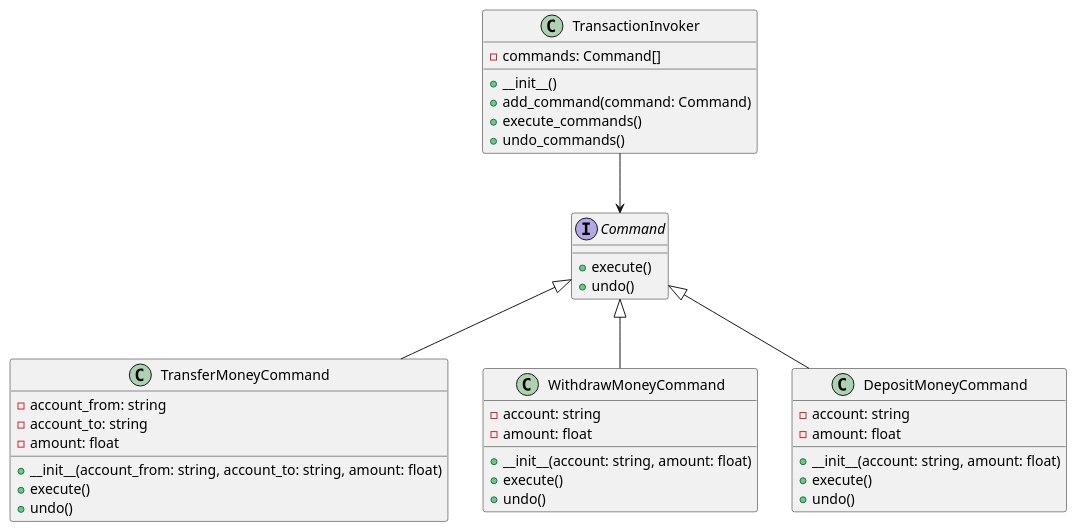
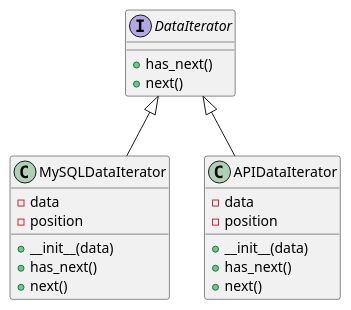
Before and after one commit to andrewovchinnikov/design-patterns: the diagram in klassifikaciya-patternov/povedencheskie-patterny-behavioral-patterns/iterator-iterator/primery/integraciya-dannykh-iz-razlichnykh-istochnikov/python.md, drawn with PlantUML. The commit also changed other lines of this file and 101 other files, not shown here.

````diff
--- a/klassifikaciya-patternov/povedencheskie-patterny-behavioral-patterns/iterator-iterator/primery/integraciya-dannykh-iz-razlichnykh-istochnikov/python.md
+++ b/klassifikaciya-patternov/povedencheskie-patterny-behavioral-patterns/iterator-iterator/primery/integraciya-dannykh-iz-razlichnykh-istochnikov/python.md
@@ -120,48 +109,29 @@
 ```plantuml
 @startuml
 
-interface Command {
-    +execute()
-    +undo()
+interface DataIterator {
+    +has_next()
+    +next()
 }
 
-class TransferMoneyCommand {
-    -account_from: string
-    -account_to: string
-    -amount: float
-    +__init__(account_from: string, account_to: string, amount: float)
-    +execute()
-    +undo()
+class MySQLDataIterator {
+    -data
+    -position
+    +__init__(data)
+    +has_next()
+    +next()
 }
 
-class WithdrawMoneyCommand {
-    -account: string
-    -amount: float
-    +__init__(account: string, amount: float)
-    +execute()
-    +undo()
+class APIDataIterator {
+    -data
+    -position
+    +__init__(data)
+    +has_next()
+    +next()
 }
 
-class DepositMoneyCommand {
-    -account: string
-    -amount: float
-    +__init__(account: string, amount: float)
-    +execute()
-    +undo()
-}
-
-class TransactionInvoker {
-    -commands: Command[]
-    +__init__()
-    +add_command(command: Command)
-    +execute_commands()
-    +undo_commands()
-}
-
-Command <|-- TransferMoneyCommand
-Command <|-- WithdrawMoneyCommand
-Command <|-- DepositMoneyCommand
-TransactionInvoker --> Command
+DataIterator <|-- MySQLDataIterator
+DataIterator <|-- APIDataIterator
 
 @enduml
 ```
````
